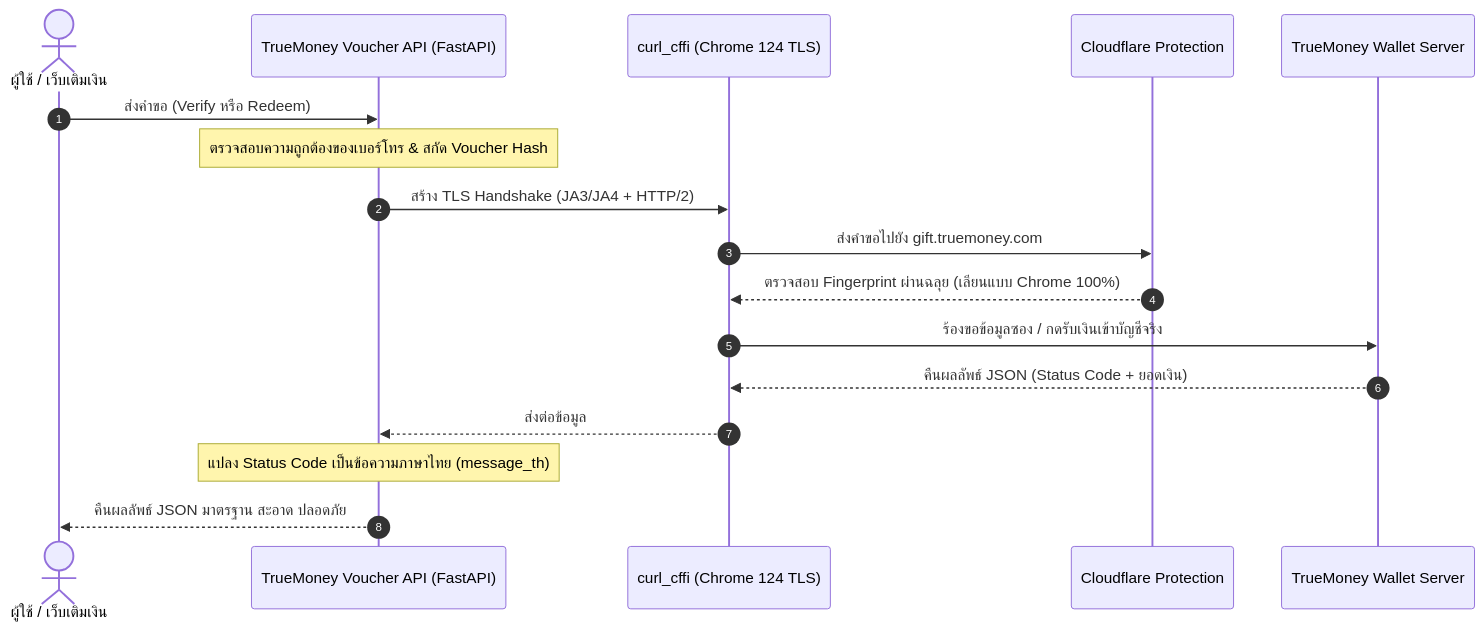
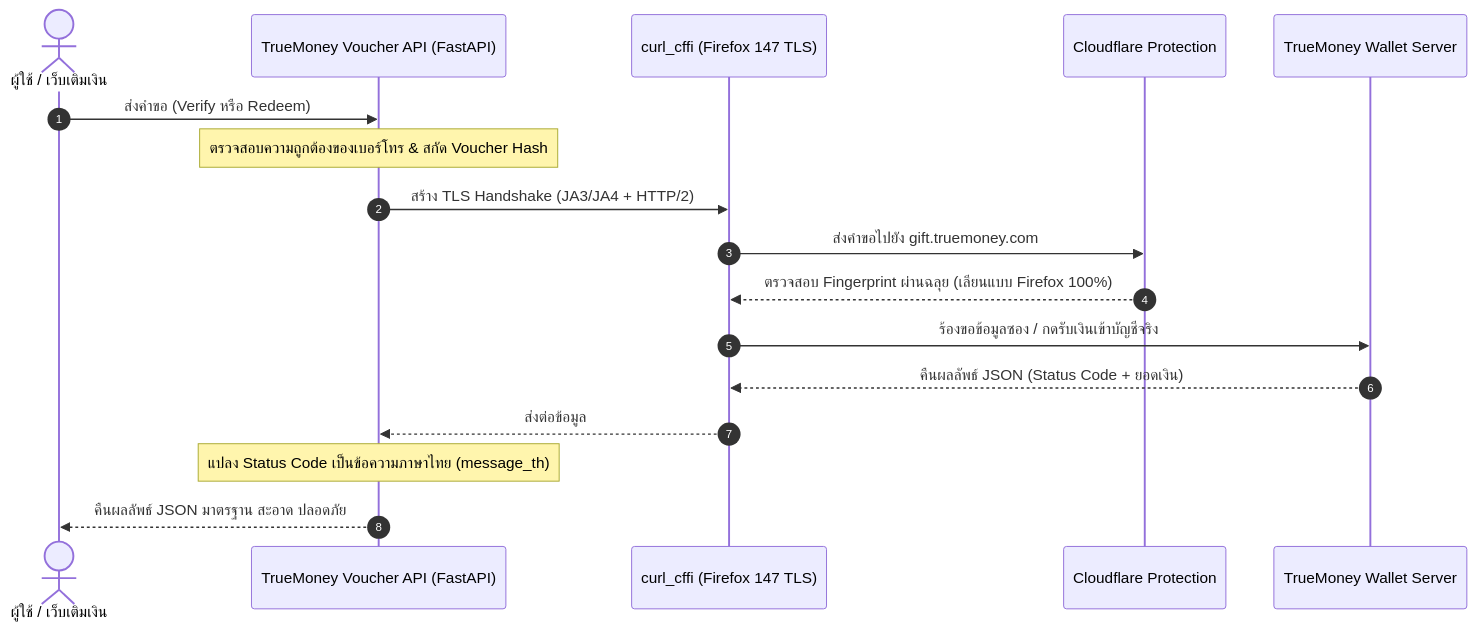
One commit to equalignorecase/truewallet-api changed the diagram in README.md. Above: the diagram before and after it, drawn with Mermaid. The commit also changed other lines of this file, not shown here.

Commit message:
docs: update README for firefox 147 and iad1 region

````diff
--- a/README.md
+++ b/README.md
@@ -41,20 +41,20 @@
 ```mermaid
 sequenceDiagram
     autonumber
     actor Client as ผู้ใช้ / เว็บเติมเงิน
     participant API as TrueMoney Voucher API (FastAPI)
-    participant Engine as curl_cffi (Chrome 124 TLS)
+    participant Engine as curl_cffi (Firefox 147 TLS)
     participant CF as Cloudflare Protection
     participant TM as TrueMoney Wallet Server
 
     Client->>API: ส่งคำขอ (Verify หรือ Redeem)
     Note over API: ตรวจสอบความถูกต้องของเบอร์โทร & สกัด Voucher Hash
     API->>Engine: สร้าง TLS Handshake (JA3/JA4 + HTTP/2)
     Engine->>CF: ส่งคำขอไปยัง gift.truemoney.com
-    CF-->>Engine: ตรวจสอบ Fingerprint ผ่านฉลุย (เลียนแบบ Chrome 100%)
+    CF-->>Engine: ตรวจสอบ Fingerprint ผ่านฉลุย (เลียนแบบ Firefox 100%)
     Engine->>TM: ร้องขอข้อมูลซอง / กดรับเงินเข้าบัญชีจริง
     TM-->>Engine: คืนผลลัพธ์ JSON (Status Code + ยอดเงิน)
     Engine-->>API: ส่งต่อข้อมูล
     Note over API: แปลง Status Code เป็นข้อความภาษาไทย (message_th)
     API-->>Client: คืนผลลัพธ์ JSON มาตรฐาน สะอาด ปลอดภัย
 ```
````
